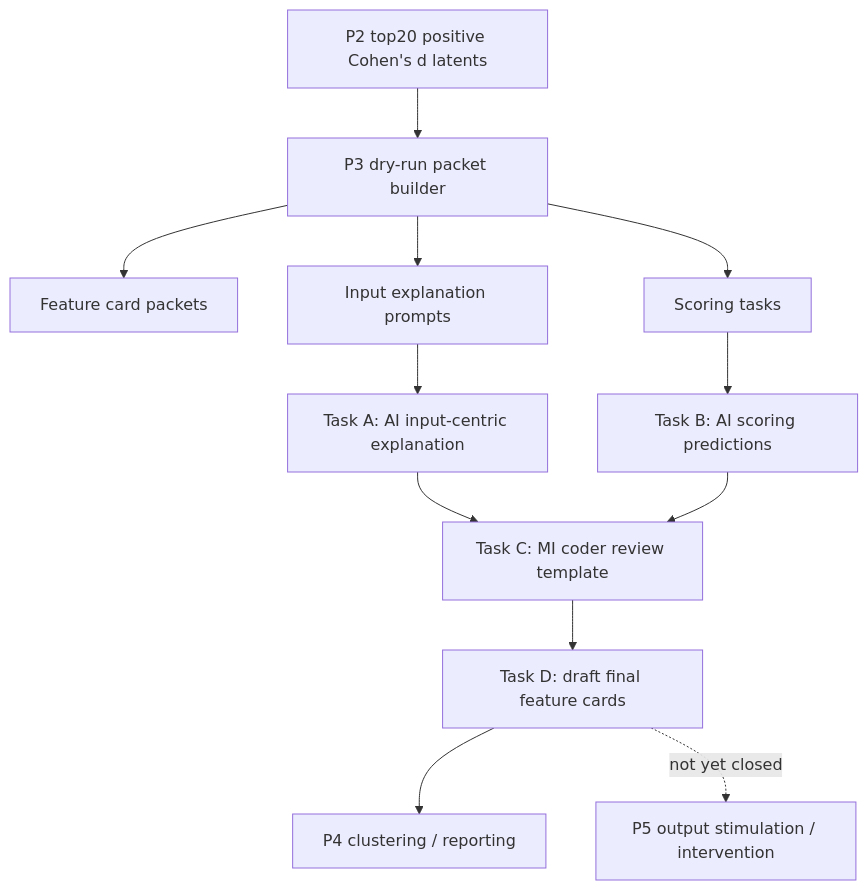
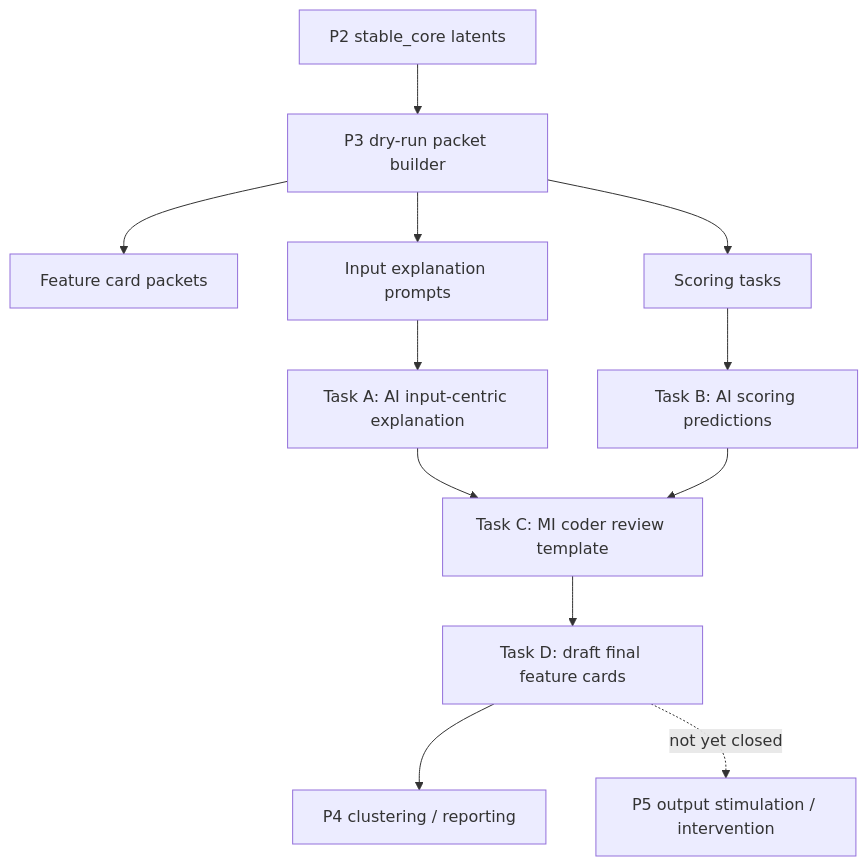
The diagram in doc/P3流程详解.md (ChengYu117/yanzheng), drawn with Mermaid before and after one commit. The commit also changed other lines of this file and 6 other files, not shown here.

First line of the commit message:
Update P3 pipeline for stable core latents

````diff
--- a/doc/P3流程详解.md
+++ b/doc/P3流程详解.md
@@ -109,14 +110,14 @@
 ```mermaid
 flowchart TD
-    A["P2 top20 positive Cohen's d latents"] --> B["P3 dry-run packet builder"]
+    A["P2 stable_core latents"] --> B["P3 dry-run packet builder"]
     B --> C["Feature card packets"]
     B --> D["Input explanation prompts"]
     B --> E["Scoring tasks"]
     D --> F["Task A: AI input-centric explanation"]
     E --> G["Task B: AI scoring predictions"]
     F --> H["Task C: MI coder review template"]
     G --> H
     H --> I["Task D: draft final feature cards"]
     I --> J["P4 clustering / reporting"]
     I -. "not yet closed" .-> K["P5 output stimulation / intervention"]
 ```
````
